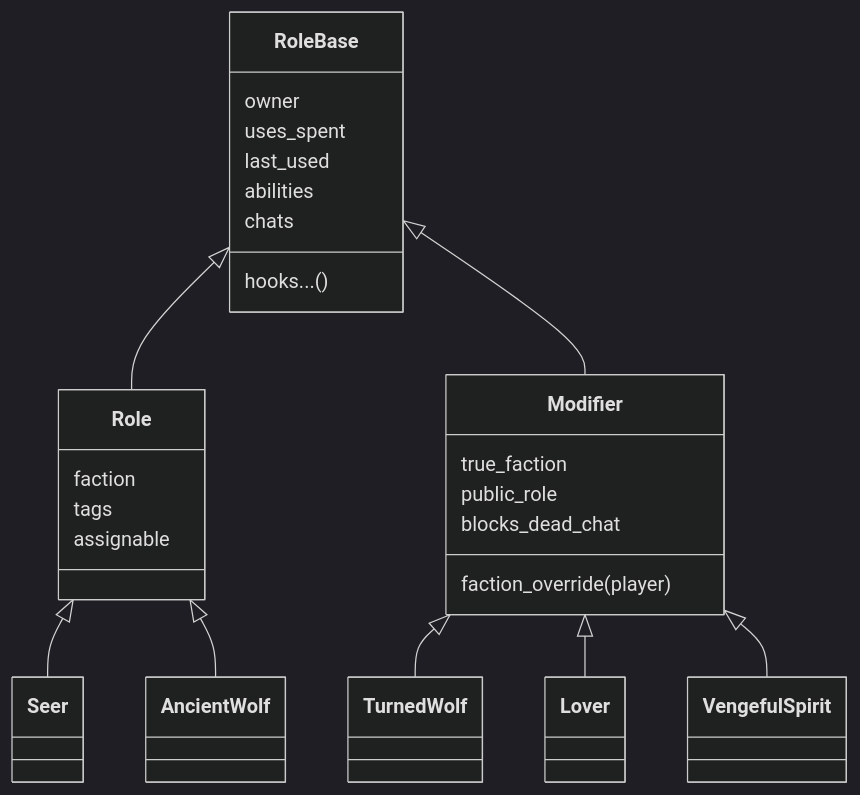
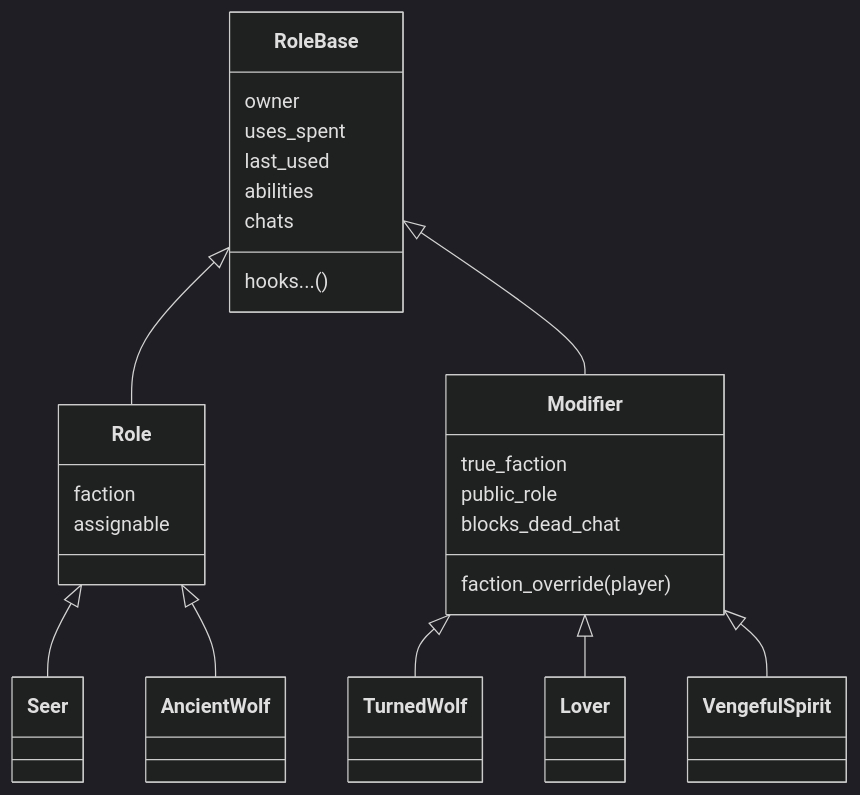
The fourth of 4 diagrams in Docs/Developer guide - adding a role.md (Mad-Scientist-Guild/Werewolves-bot), drawn with Mermaid (dark theme) before and after one commit. The commit also changed other lines of this file and 87 other files, not shown here.

````diff
--- a/Docs/Developer guide - adding a role.md
+++ b/Docs/Developer guide - adding a role.md
@@ -318,29 +314,28 @@
 ```mermaid
 classDiagram
     class RoleBase {
         owner
         uses_spent
         last_used
         abilities
         chats
         hooks...()
     }
     class Role {
         faction
-        tags
         assignable
     }
     class Modifier {
         true_faction
         public_role
         blocks_dead_chat
         faction_override(player)
     }
     RoleBase <|-- Role
     RoleBase <|-- Modifier
     Role <|-- Seer
     Role <|-- AncientWolf
     Modifier <|-- TurnedWolf
     Modifier <|-- Lover
     Modifier <|-- VengefulSpirit
 ```
````
